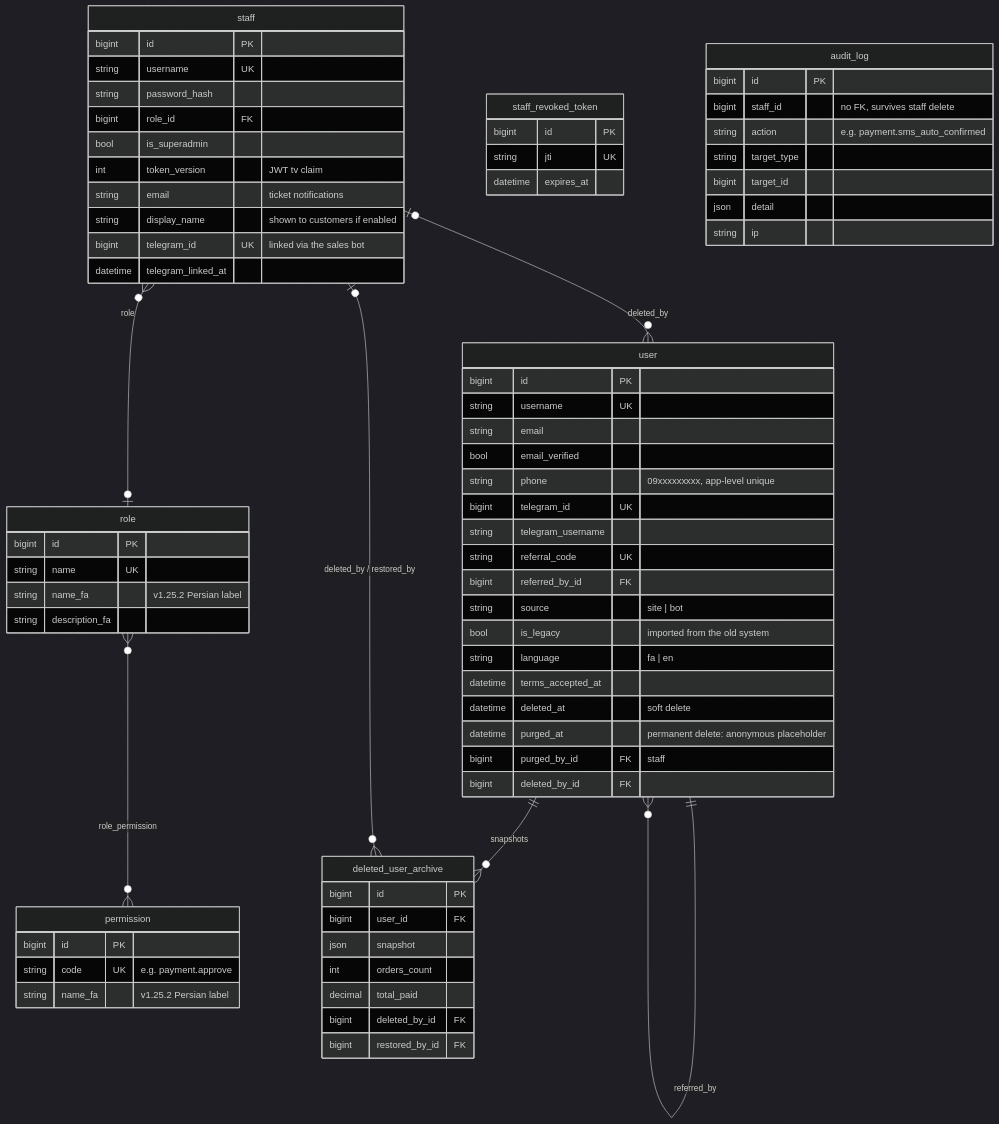
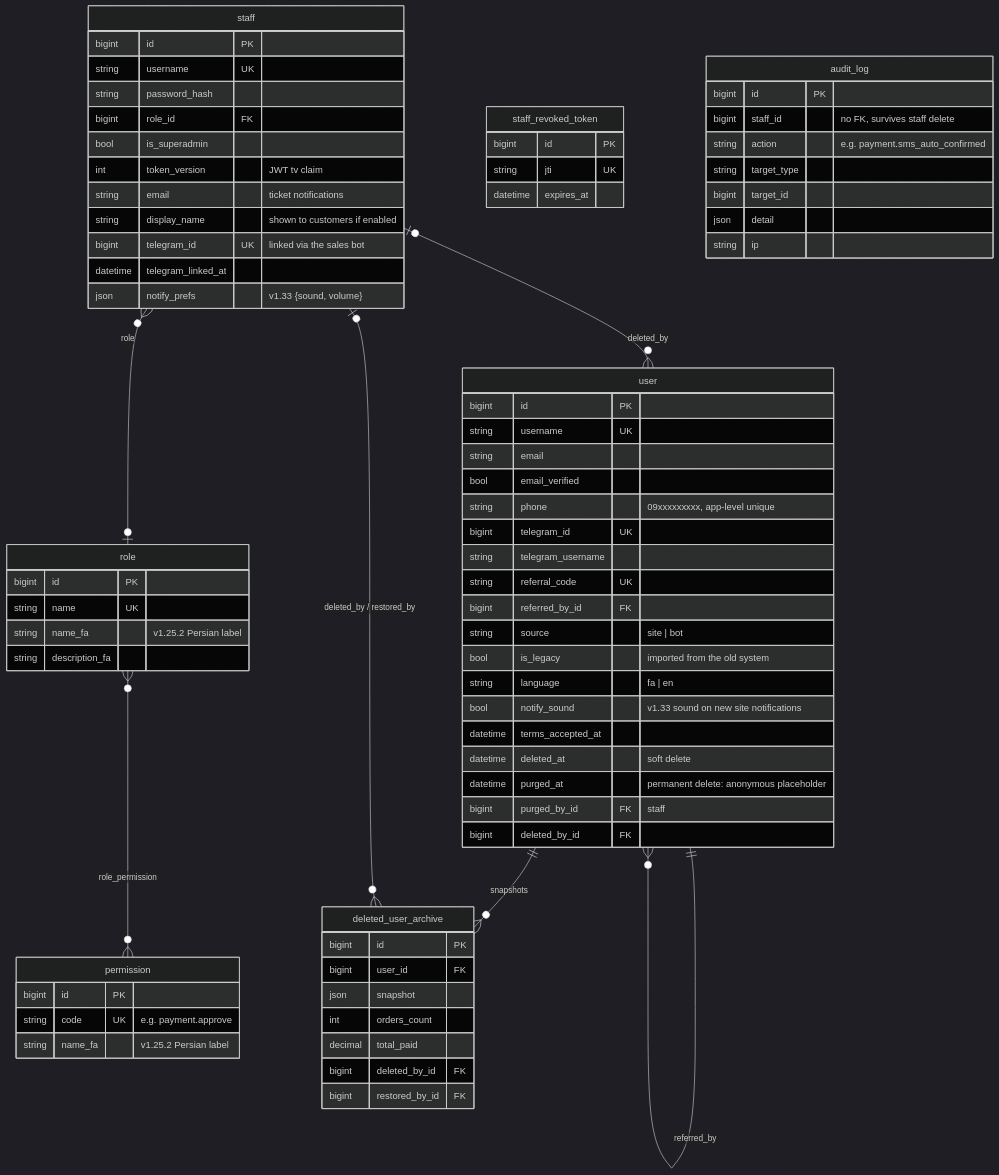
Before and after one commit to santiyagoburcart/caspintunel: the first of 8 diagrams in docs/erd.md, drawn with Mermaid (dark theme). The commit also changed other lines of this file and 66 other files, not shown here.

````diff
--- a/docs/erd.md
+++ b/docs/erd.md
@@ -17,75 +17,77 @@
 ```mermaid
 erDiagram
     user ||--o{ user : "referred_by"
     staff }o--o| role : "role"
     role }o--o{ permission : "role_permission"
     user ||--o{ deleted_user_archive : "snapshots"
     staff |o--o{ deleted_user_archive : "deleted_by / restored_by"
     staff |o--o{ user : "deleted_by"
 
     user {
         bigint id PK
         string username UK
         string email
         bool email_verified
         string phone "09xxxxxxxxx, app-level unique"
         bigint telegram_id UK
         string telegram_username
         string referral_code UK
         bigint referred_by_id FK
         string source "site | bot"
         bool is_legacy "imported from the old system"
         string language "fa | en"
+        bool notify_sound "v1.33 sound on new site notifications"
         datetime terms_accepted_at
         datetime deleted_at "soft delete"
         datetime purged_at "permanent delete: anonymous placeholder"
         bigint purged_by_id FK "staff"
         bigint deleted_by_id FK
     }
     staff {
         bigint id PK
         string username UK
         string password_hash
         bigint role_id FK
         bool is_superadmin
         int token_version "JWT tv claim"
         string email "ticket notifications"
         string display_name "shown to customers if enabled"
         bigint telegram_id UK "linked via the sales bot"
         datetime telegram_linked_at
+        json notify_prefs "v1.33 {sound, volume}"
     }
     role {
         bigint id PK
         string name UK
         string name_fa "v1.25.2 Persian label"
         string description_fa
     }
     permission {
         bigint id PK
         string code UK "e.g. payment.approve"
         string name_fa "v1.25.2 Persian label"
     }
     staff_revoked_token {
         bigint id PK
         string jti UK
         datetime expires_at
     }
     deleted_user_archive {
         bigint id PK
         bigint user_id FK
         json snapshot
         int orders_count
         decimal total_paid
         bigint deleted_by_id FK
         bigint restored_by_id FK
     }
     audit_log {
         bigint id PK
         bigint staff_id "no FK, survives staff delete"
         string action "e.g. payment.sms_auto_confirmed"
         string target_type
         bigint target_id
         json detail
         string ip
     }
 ```
````
